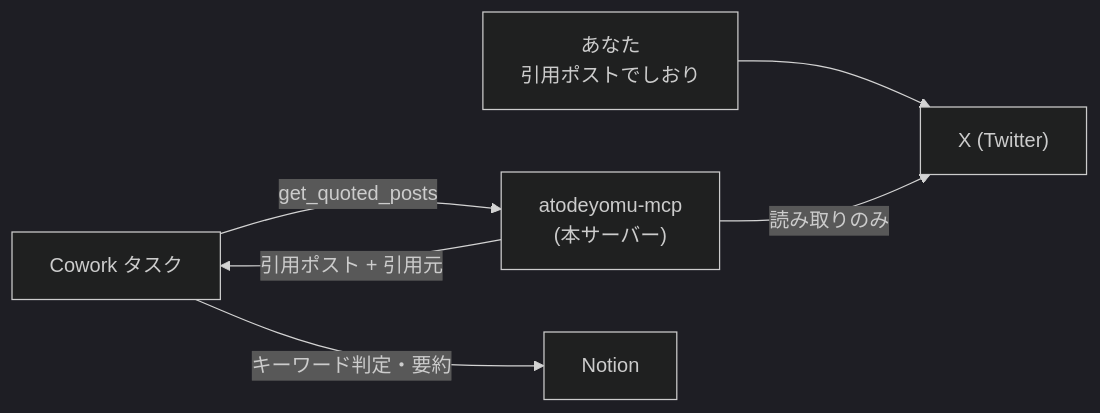
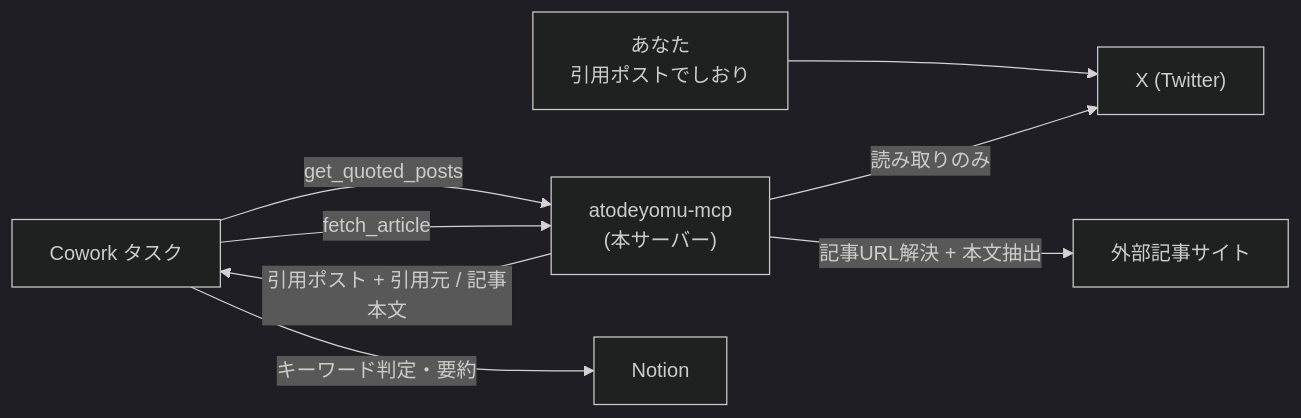
One commit to kkk2jp/atodeyomu-mcp changed the first of 5 diagrams in docs/SPEC.md. Above: the diagram before and after it, drawn with Mermaid (dark theme). The commit also changed other lines of this file and 9 other files, not shown here.

````diff
--- a/docs/SPEC.md
+++ b/docs/SPEC.md
@@ -11,8 +11,10 @@
 ```mermaid
 flowchart LR
     A["あなた<br/>引用ポストでしおり"] --> X["X (Twitter)"]
     CC["Cowork タスク"] -->|get_quoted_posts| MCP["atodeyomu-mcp<br/>(本サーバー)"]
+    CC -->|fetch_article| MCP
     MCP -->|読み取りのみ| X
-    MCP -->|引用ポスト + 引用元| CC
+    MCP -->|記事URL解決 + 本文抽出| W["外部記事サイト"]
+    MCP -->|引用ポスト + 引用元 / 記事本文| CC
     CC -->|キーワード判定・要約| N["Notion"]
 ```
````
